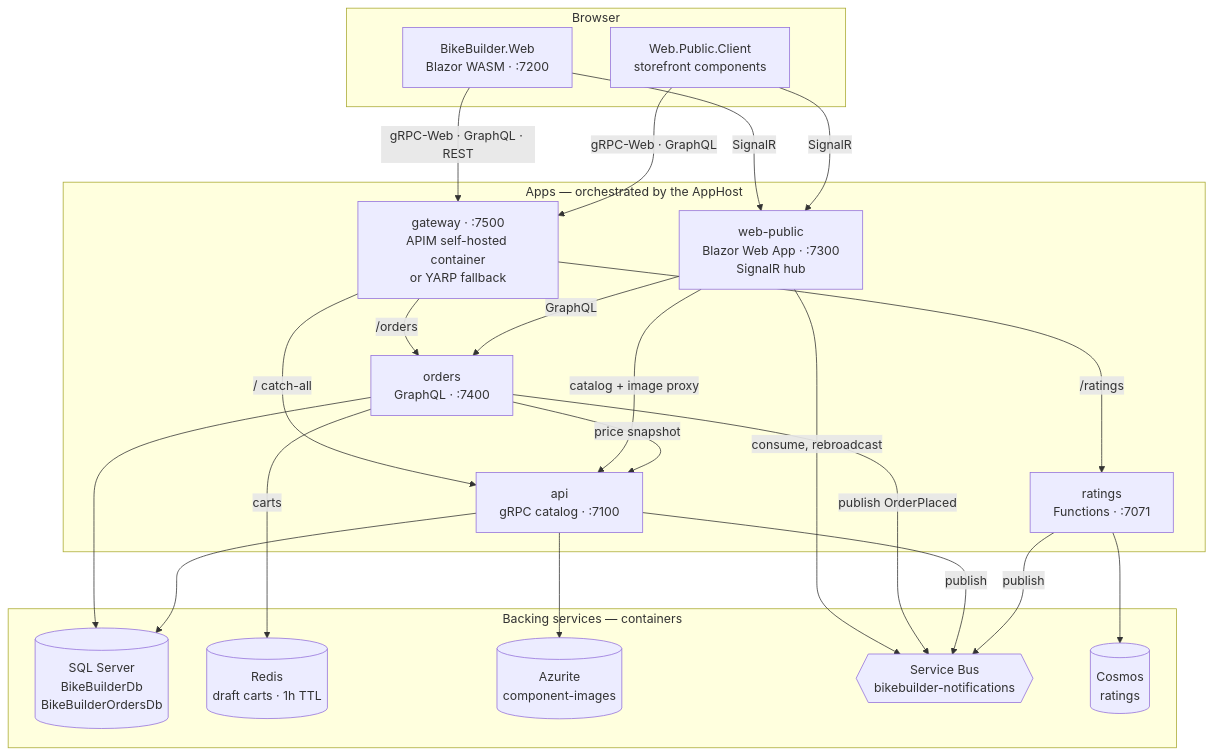
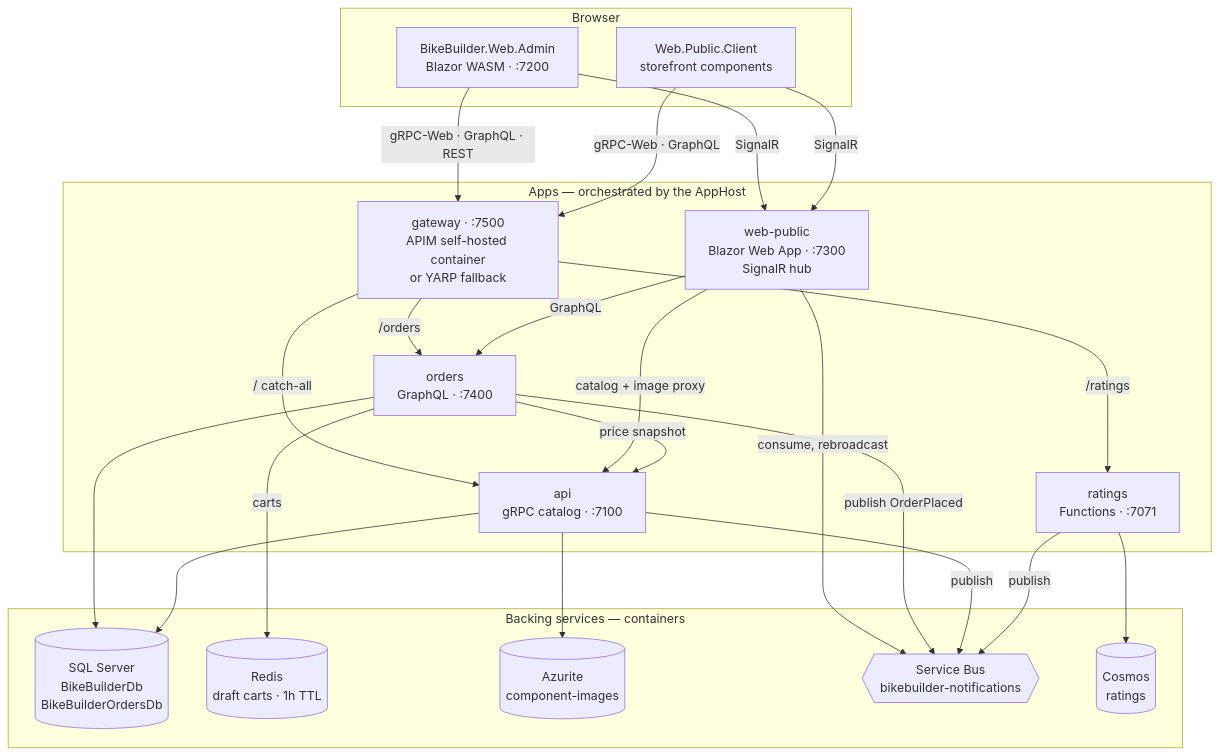
Before and after one commit to nickshepherd1983/BikeBuilderAspire: the first of 2 diagrams in README.md, drawn with Mermaid. The commit also changed other lines of this file and 112 other files, not shown here.

First line of the commit message:
Rename BikeBuilder.Web to BikeBuilder.Web.Admin, rebrand as Bike Builder Admin

````diff
--- a/README.md
+++ b/README.md
@@ -34,45 +34,45 @@
 ```mermaid
 flowchart TB
     subgraph browser["Browser"]
-        web["BikeBuilder.Web<br/>Blazor WASM · :7200"]
+        web["BikeBuilder.Web.Admin<br/>Blazor WASM · :7200"]
         client["Web.Public.Client<br/>storefront components"]
     end
 
     subgraph apps["Apps — orchestrated by the AppHost"]
         gateway["gateway · :7500<br/>APIM self-hosted container<br/>or YARP fallback"]
         webpublic["web-public<br/>Blazor Web App · :7300<br/>SignalR hub"]
         orders["orders<br/>GraphQL · :7400"]
         api["api<br/>gRPC catalog · :7100"]
         ratings["ratings<br/>Functions · :7071"]
     end
 
     subgraph backing["Backing services — containers"]
         sql[("SQL Server<br/>BikeBuilderDb<br/>BikeBuilderOrdersDb")]
         redis[("Redis<br/>draft carts · 1h TTL")]
         blob[("Azurite<br/>component-images")]
         bus{{"Service Bus<br/>bikebuilder-notifications"}}
         cosmos[("Cosmos<br/>ratings")]
     end
 
     web -->|gRPC-Web · GraphQL · REST| gateway
     web -->|SignalR| webpublic
     client -->|gRPC-Web · GraphQL| gateway
     client -->|SignalR| webpublic
 
     gateway -->|/ catch-all| api
     gateway -->|/orders| orders
     gateway -->|/ratings| ratings
 
     webpublic -->|catalog + image proxy| api
     webpublic -->|GraphQL| orders
     webpublic -->|consume, rebroadcast| bus
     orders -->|price snapshot| api
     orders -->|carts| redis
     orders --> sql
     orders -->|publish OrderPlaced| bus
     api --> sql
     api --> blob
     api -->|publish| bus
     ratings --> cosmos
     ratings -->|publish| bus
 ```
````
